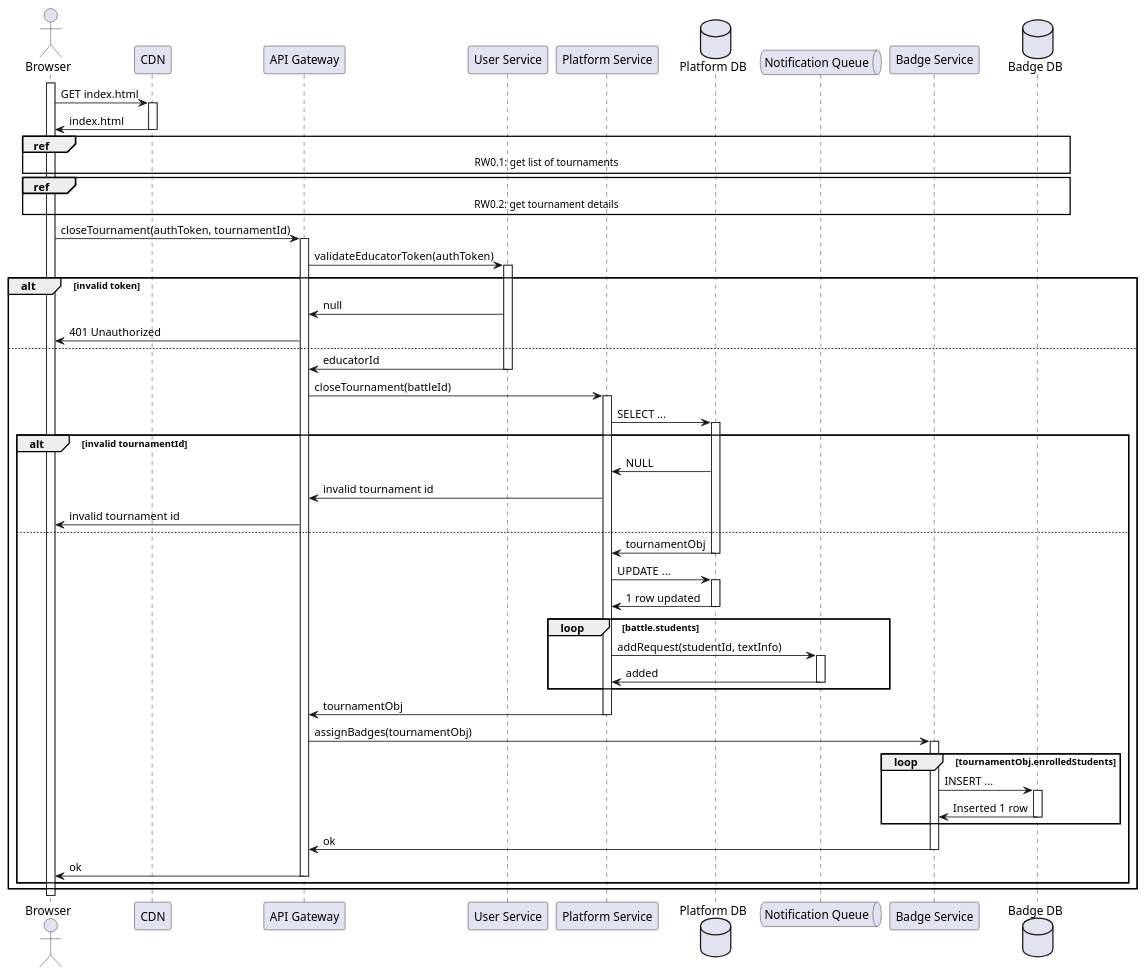
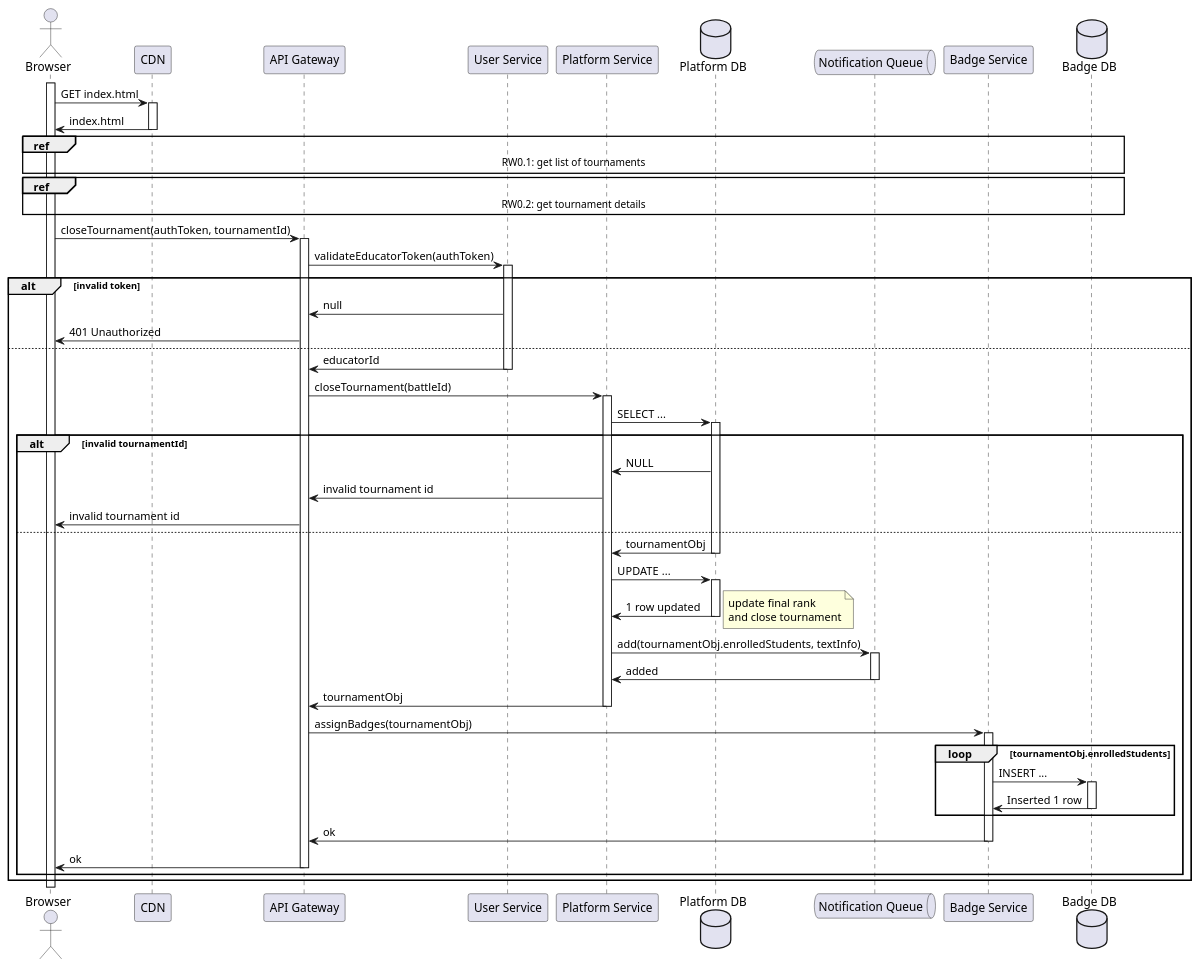
One commit to Furrrlo/CodeKataBattle changed the diagram in dd/puml/rw9.puml. Above: the diagram before and after it, drawn with PlantUML. The commit also changed 4 other files, not shown here.

```diff
--- a/dd/puml/rw9.puml
+++ b/dd/puml/rw9.puml
@@ -1,62 +1,64 @@
 @startuml RW9 - Educator closes a tournament
 
 actor Browser
 participant CDN
 participant "API Gateway" as gateway
 participant "User Service" as auth
 
 participant "Platform Service" as platform
 database "Platform DB" as platformDb
 
 queue  "Notification Queue" as notificationQueue
 
 participant "Badge Service" as badges
 database "Badge DB" as badgesDb
 
 activate Browser
 Browser -> CDN ++ : GET index.html
 Browser <- CDN -- : index.html
 
 ref over Browser, gateway, auth, platform, platformDb, badges, badgesDb: RW0.1: get list of tournaments
 ref over Browser, gateway, auth, platform, platformDb, badges, badgesDb: RW0.2: get tournament details
 
 Browser -> gateway ++ : closeTournament(authToken, tournamentId)
 gateway -> auth ++ : validateEducatorToken(authToken)
 alt invalid token
     gateway <- auth : null
     Browser <- gateway : 401 Unauthorized
 else
     gateway <- auth -- : educatorId
     gateway -> platform ++ : closeTournament(battleId)
 
     platform -> platformDb ++ : SELECT ...
 
     alt invalid tournamentId
         platform <- platformDb : NULL
         gateway <- platform : invalid tournament id
         Browser <- gateway : invalid tournament id
     else
         platform <- platformDb -- : tournamentObj
         platform -> platformDb ++ : UPDATE ...
         platform <- platformDb -- : 1 row updated
+        note right
+            update final rank
+            and close tournament
+        end note
 
-        loop battle.students
-            platform -> notificationQueue ++ : addRequest(studentId, textInfo)
-            platform <- notificationQueue --: added
-        end
+        platform -> notificationQueue ++ : add(tournamentObj.enrolledStudents, textInfo)
+        platform <- notificationQueue --: added
 
         gateway <- platform -- : tournamentObj
         gateway -> badges ++ : assignBadges(tournamentObj)
         
         loop tournamentObj.enrolledStudents
             badges -> badgesDb ++ : INSERT ...
             badges <- badgesDb -- : Inserted 1 row
         end
 
         gateway <- badges -- : ok
         Browser <- gateway -- : ok
     end
 end
 
 
 @enduml
```
